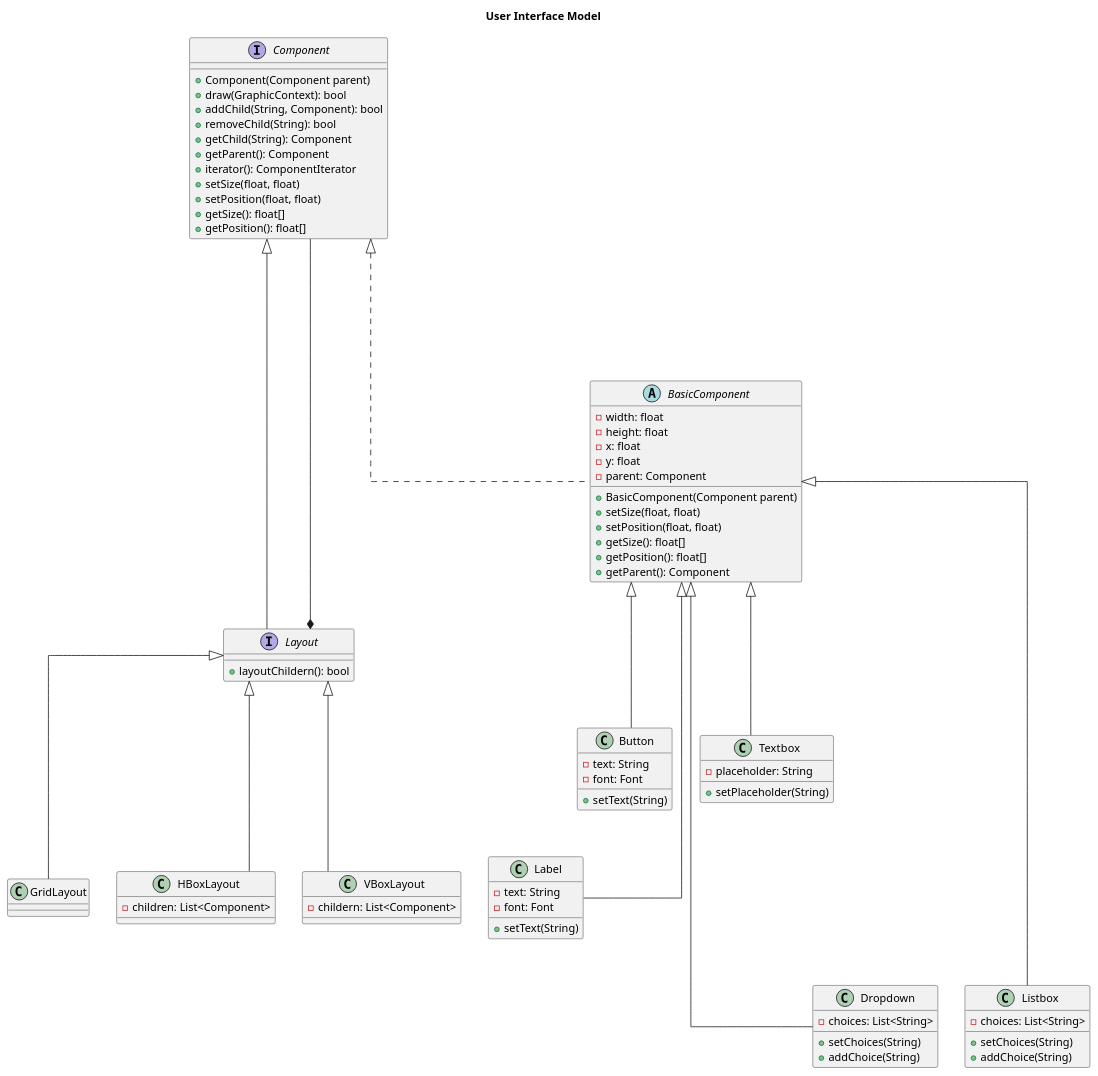
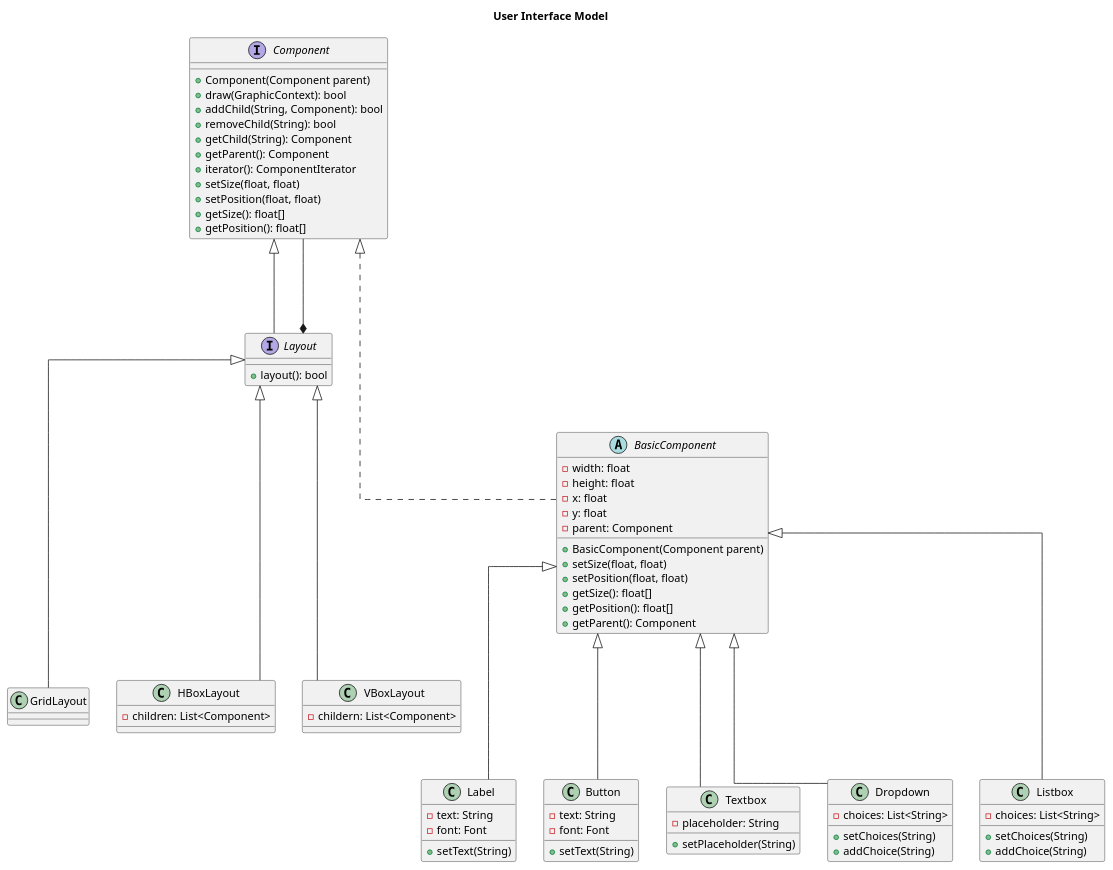
Before and after one commit to CoderEx24/project-csc427: the diagram in docs/component.pu, drawn with PlantUML.

Commit message:
docs: edits to Components model

```diff
--- a/docs/component.pu
+++ b/docs/component.pu
@@ -1,95 +1,95 @@
 @startuml
 skinparam linetype ortho
 title User Interface Model 
 
 interface Component {
   +Component(Component parent)
   +draw(GraphicContext): bool
   +addChild(String, Component): bool
   +removeChild(String): bool
   +getChild(String): Component
   +getParent(): Component
   +iterator(): ComponentIterator
   +setSize(float, float)
   +setPosition(float, float)
   +getSize(): float[]
   +getPosition(): float[]
 }
 
 interface Layout {
-  +layoutChildern(): bool
+  +layout(): bool
 }
 
 abstract class BasicComponent {
   -width: float
   -height: float
   -x: float
   -y: float
   -parent: Component
   +BasicComponent(Component parent)
   +setSize(float, float)
   +setPosition(float, float)
   +getSize(): float[]
   +getPosition(): float[]
   +getParent(): Component
 }
 
 class Label {
   -text: String
   -font: Font
   +setText(String)
 }
 
 class Button {
   -text: String
   -font: Font
   +setText(String)
 }
 
 class Textbox {
   -placeholder: String
   +setPlaceholder(String)
 }
 
 class Dropdown {
   -choices: List<String>
   +setChoices(String)
   +addChoice(String)
 }
 
 class Listbox {
   -choices: List<String>
   +setChoices(String)
   +addChoice(String)
 }
 
 class GridLayout {
 
 }
 
 class HBoxLayout {
   -children: List<Component>
 
 }
 
 class VBoxLayout {
   -childern: List<Component>
 
 }
 
 Component <|.... BasicComponent
 
-BasicComponent <|---- Label
+BasicComponent <|--- Label
 BasicComponent <|--- Button
 BasicComponent <|--- Textbox
-BasicComponent <|----- Dropdown
-BasicComponent <|----- Listbox
+BasicComponent <|--- Dropdown
+BasicComponent <|--- Listbox
 
-Component <|----- Layout
-Layout *---- Component
+Component <|--- Layout
+Layout *--- Component
 
 Layout <|--- GridLayout
 Layout <|--- HBoxLayout
 Layout <|--- VBoxLayout
 
 @enduml
```
